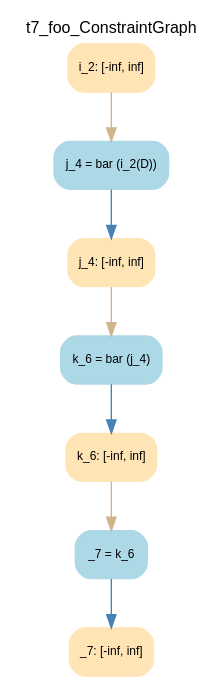
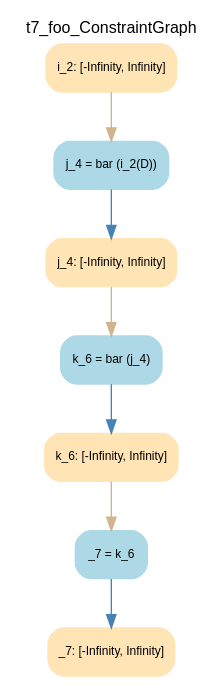
Before and after one commit to DeleteMemoryyy/RangeAnalysis: the diagram in dot/t7_foo_ConstraintGraph.dot, drawn with Graphviz. The commit also changed 45 other files, not shown here.

```diff
--- a/dot/t7_foo_ConstraintGraph.dot
+++ b/dot/t7_foo_ConstraintGraph.dot
@@ -1,24 +1,24 @@
 digraph t7_foo_ConstraintGraph { 
 	label=t7_foo_ConstraintGraph
 	center=true
 	labelloc=top
 	fontname=Arial
 	fontsize=12
 	edge[fontname=Arial, fontsize=10]
 	node[fontname=Arial, fontsize=9]
 
 		Node_0 -> Node_1 [color=steelblue]
 		Node_2 -> Node_3 [color=steelblue]
 		Node_4 -> Node_5 [color=steelblue]
-		Node_6 -> Node_0 [color=tan]
-		Node_1 -> Node_4 [color=tan]
-		Node_5 -> Node_2 [color=tan]
+		Node_5 -> Node_0 [color=tan]
+		Node_6 -> Node_4 [color=tan]
+		Node_1 -> Node_2 [color=tan]
 
-	Node_0 [fillcolor=lightblue, color=lightblue, shape=Mrecord, style=filled, label="{ j_4 = bar (i_2(D)) }"]
+	Node_0 [fillcolor=lightblue, color=lightblue, shape=Mrecord, style=filled, label="{ k_6 = bar (j_4) }"]
 	Node_2 [fillcolor=lightblue, color=lightblue, shape=Mrecord, style=filled, label="{ _7 = k_6 }"]
-	Node_4 [fillcolor=lightblue, color=lightblue, shape=Mrecord, style=filled, label="{ k_6 = bar (j_4) }"]
-	Node_6 [fillcolor=moccasin, color=moccasin, shape=Mrecord, style=filled, label="{ i_2: \[-inf, inf\] }"]
-	Node_1 [fillcolor=moccasin, color=moccasin, shape=Mrecord, style=filled, label="{ j_4: \[-inf, inf\] }"]
-	Node_5 [fillcolor=moccasin, color=moccasin, shape=Mrecord, style=filled, label="{ k_6: \[-inf, inf\] }"]
-	Node_3 [fillcolor=moccasin, color=moccasin, shape=Mrecord, style=filled, label="{ _7: \[-inf, inf\] }"]
+	Node_4 [fillcolor=lightblue, color=lightblue, shape=Mrecord, style=filled, label="{ j_4 = bar (i_2(D)) }"]
+	Node_5 [fillcolor=moccasin, color=moccasin, shape=Mrecord, style=filled, label="{ j_4: \[-Infinity, Infinity\] }"]
+	Node_6 [fillcolor=moccasin, color=moccasin, shape=Mrecord, style=filled, label="{ i_2: \[-Infinity, Infinity\] }"]
+	Node_1 [fillcolor=moccasin, color=moccasin, shape=Mrecord, style=filled, label="{ k_6: \[-Infinity, Infinity\] }"]
+	Node_3 [fillcolor=moccasin, color=moccasin, shape=Mrecord, style=filled, label="{ _7: \[-Infinity, Infinity\] }"]
 }
```
